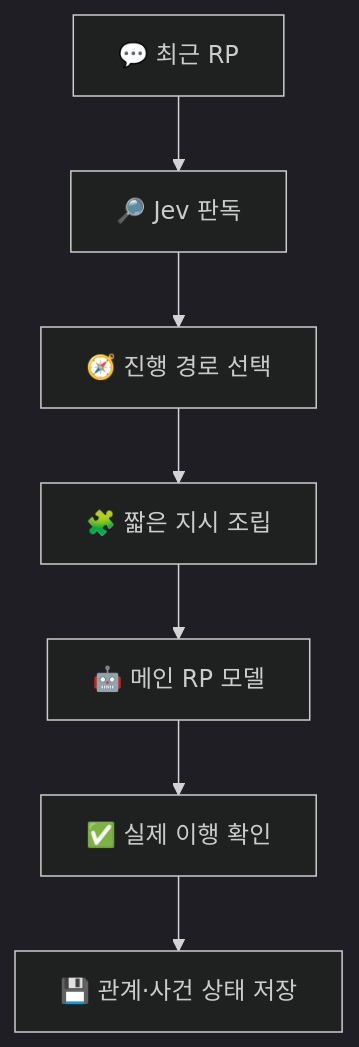
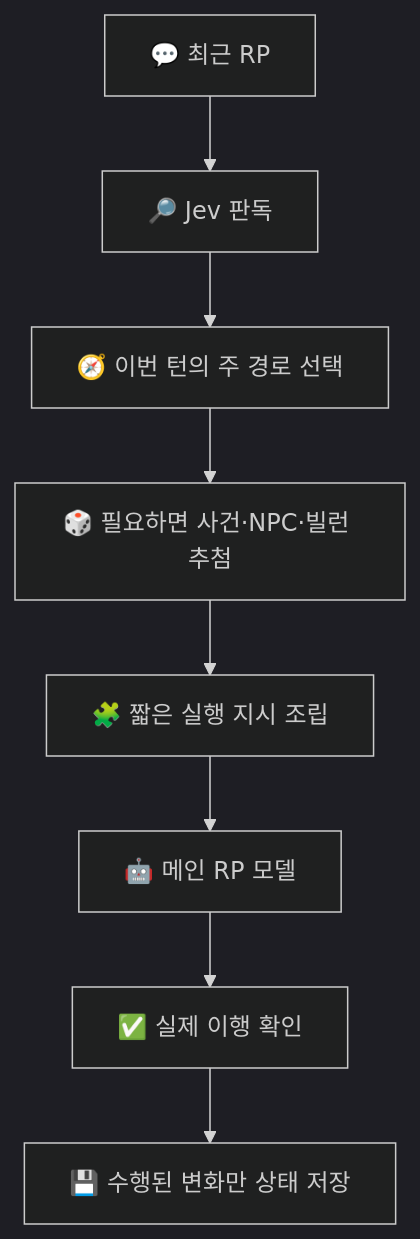
The first of 4 diagrams in README.md (bongbong11/-_-), drawn with Mermaid (dark theme) before and after one commit. The commit also changed other lines of this file, not shown here.

```diff
--- a/README.md
+++ b/README.md
@@ -39,9 +47,10 @@
 ~~~mermaid
 flowchart TD
     A["💬 최근 RP"] --> B["🔎 Jev 판독"]
-    B --> C["🧭 진행 경로 선택"]
-    C --> D["🧩 짧은 지시 조립"]
-    D --> E["🤖 메인 RP 모델"]
-    E --> F["✅ 실제 이행 확인"]
-    F --> G["💾 관계·사건 상태 저장"]
+    B --> C["🧭 이번 턴의 주 경로 선택"]
+    C --> D["🎲 필요하면 사건·NPC·빌런 추첨"]
+    D --> E["🧩 짧은 실행 지시 조립"]
+    E --> F["🤖 메인 RP 모델"]
+    F --> G["✅ 실제 이행 확인"]
+    G --> H["💾 수행된 변화만 상태 저장"]
 ~~~
```
